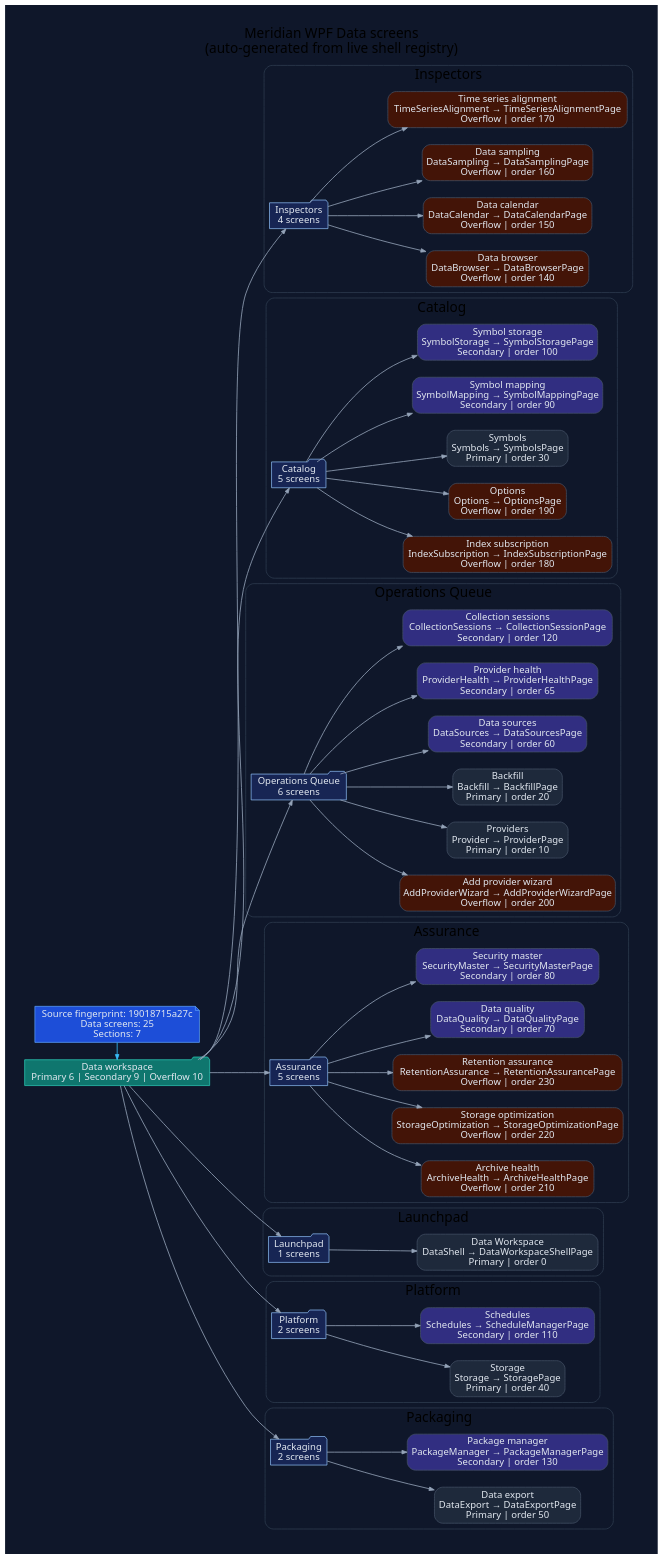
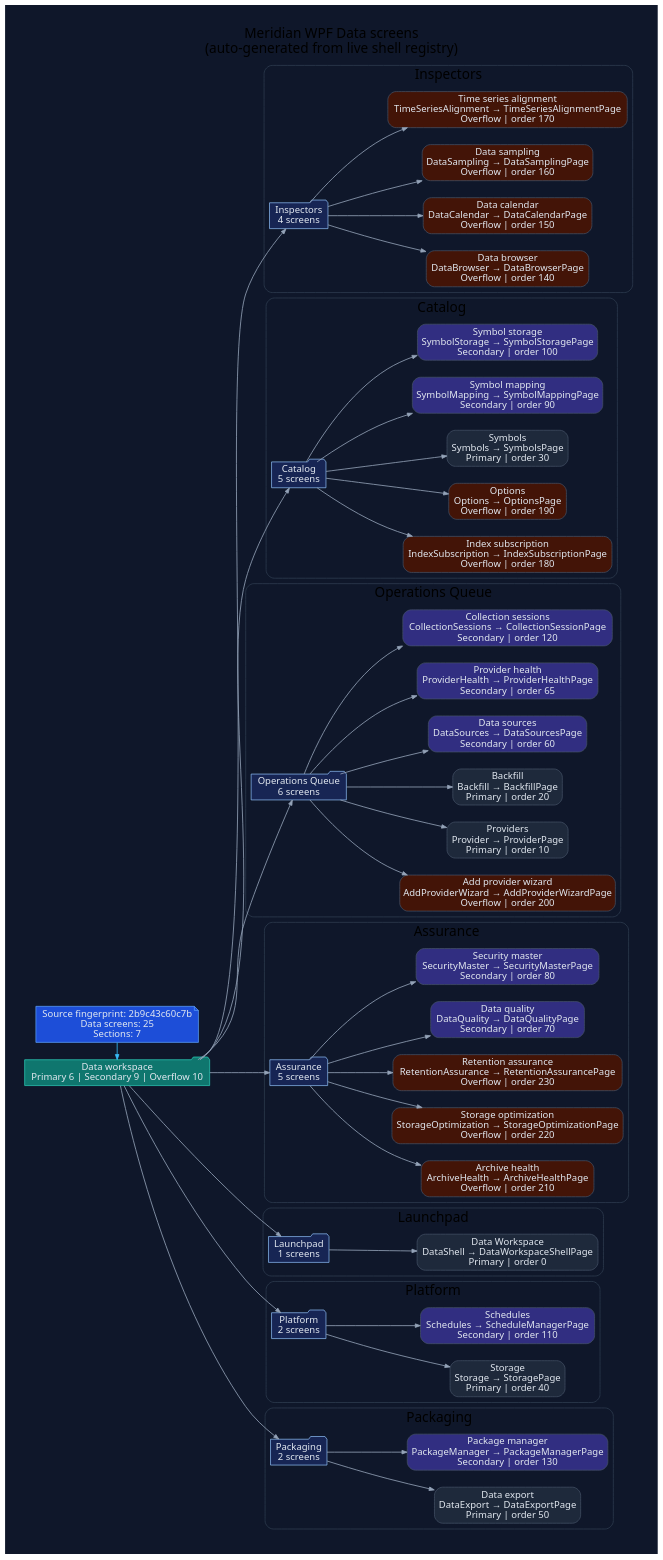
One commit to rodoHasArrived/Meridian-main changed the diagram in docs/diagrams/ui/ui-wpf-screens-data.dot. Above: the diagram before and after it, drawn with Graphviz. The commit also changed 45 other files, not shown here.

First line of the commit message:
docs: regenerate diagrams and doc-health after the governance fixes

```diff
--- a/docs/diagrams/ui/ui-wpf-screens-data.dot
+++ b/docs/diagrams/ui/ui-wpf-screens-data.dot
@@ -1,132 +1,132 @@
 // -----------------------------------------------------------------------------
 // <auto-generated>
 // Generated by scripts/generate-diagrams.mjs.
 // Do not edit this file directly; update the WPF source files instead.
 // -----------------------------------------------------------------------------
 digraph WpfDataScreens {
   graph [
     rankdir=LR,
     labelloc=t,
     label="Meridian WPF Data screens\n(auto-generated from live shell registry)",
     fontname="Segoe UI",
     fontsize=20,
     pad=0.4,
     nodesep=0.35,
     ranksep=0.85,
     bgcolor="#0f172a"
   ];
   node [fontname="Segoe UI", shape=box, style="rounded,filled", color="#475569", fontcolor="#e2e8f0", fillcolor="#1e293b"];
   edge [fontname="Segoe UI", color="#94a3b8", penwidth=1.2, arrowsize=0.75];
 
-  generated [shape=note, fillcolor="#1d4ed8", color="#60a5fa", label="Source fingerprint: 19018715a27c\nData screens: 25\nSections: 7"];
+  generated [shape=note, fillcolor="#1d4ed8", color="#60a5fa", label="Source fingerprint: 2b9c43c60c7b\nData screens: 25\nSections: 7"];
   workspace [shape=folder, fillcolor="#0f766e", color="#2dd4bf", label="Data workspace\nPrimary 6 | Secondary 9 | Overflow 10"];
   generated -> workspace [color="#38bdf8"];
 
   subgraph cluster_section_1 {
     label="Inspectors";
     color="#334155";
     style="rounded";
     section_1 [shape=folder, fillcolor="#172554", color="#93c5fd", label="Inspectors\n4 screens"];
     workspace -> section_1;
     screen_DataBrowser [fillcolor="#431407", label="Data browser\nDataBrowser → DataBrowserPage\nOverflow | order 140"];
     section_1 -> screen_DataBrowser;
     screen_DataCalendar [fillcolor="#431407", label="Data calendar\nDataCalendar → DataCalendarPage\nOverflow | order 150"];
     section_1 -> screen_DataCalendar;
     screen_DataSampling [fillcolor="#431407", label="Data sampling\nDataSampling → DataSamplingPage\nOverflow | order 160"];
     section_1 -> screen_DataSampling;
     screen_TimeSeriesAlignment [fillcolor="#431407", label="Time series alignment\nTimeSeriesAlignment → TimeSeriesAlignmentPage\nOverflow | order 170"];
     section_1 -> screen_TimeSeriesAlignment;
   }
 
   subgraph cluster_section_2 {
     label="Catalog";
     color="#334155";
     style="rounded";
     section_2 [shape=folder, fillcolor="#172554", color="#93c5fd", label="Catalog\n5 screens"];
     workspace -> section_2;
     screen_IndexSubscription [fillcolor="#431407", label="Index subscription\nIndexSubscription → IndexSubscriptionPage\nOverflow | order 180"];
     section_2 -> screen_IndexSubscription;
     screen_Options [fillcolor="#431407", label="Options\nOptions → OptionsPage\nOverflow | order 190"];
     section_2 -> screen_Options;
     screen_Symbols [fillcolor="#1e293b", label="Symbols\nSymbols → SymbolsPage\nPrimary | order 30"];
     section_2 -> screen_Symbols;
     screen_SymbolMapping [fillcolor="#312e81", label="Symbol mapping\nSymbolMapping → SymbolMappingPage\nSecondary | order 90"];
     section_2 -> screen_SymbolMapping;
     screen_SymbolStorage [fillcolor="#312e81", label="Symbol storage\nSymbolStorage → SymbolStoragePage\nSecondary | order 100"];
     section_2 -> screen_SymbolStorage;
   }
 
   subgraph cluster_section_3 {
     label="Operations Queue";
     color="#334155";
     style="rounded";
     section_3 [shape=folder, fillcolor="#172554", color="#93c5fd", label="Operations Queue\n6 screens"];
     workspace -> section_3;
     screen_AddProviderWizard [fillcolor="#431407", label="Add provider wizard\nAddProviderWizard → AddProviderWizardPage\nOverflow | order 200"];
     section_3 -> screen_AddProviderWizard;
     screen_Provider [fillcolor="#1e293b", label="Providers\nProvider → ProviderPage\nPrimary | order 10"];
     section_3 -> screen_Provider;
     screen_Backfill [fillcolor="#1e293b", label="Backfill\nBackfill → BackfillPage\nPrimary | order 20"];
     section_3 -> screen_Backfill;
     screen_DataSources [fillcolor="#312e81", label="Data sources\nDataSources → DataSourcesPage\nSecondary | order 60"];
     section_3 -> screen_DataSources;
     screen_ProviderHealth [fillcolor="#312e81", label="Provider health\nProviderHealth → ProviderHealthPage\nSecondary | order 65"];
     section_3 -> screen_ProviderHealth;
     screen_CollectionSessions [fillcolor="#312e81", label="Collection sessions\nCollectionSessions → CollectionSessionPage\nSecondary | order 120"];
     section_3 -> screen_CollectionSessions;
   }
 
   subgraph cluster_section_4 {
     label="Assurance";
     color="#334155";
     style="rounded";
     section_4 [shape=folder, fillcolor="#172554", color="#93c5fd", label="Assurance\n5 screens"];
     workspace -> section_4;
     screen_ArchiveHealth [fillcolor="#431407", label="Archive health\nArchiveHealth → ArchiveHealthPage\nOverflow | order 210"];
     section_4 -> screen_ArchiveHealth;
     screen_StorageOptimization [fillcolor="#431407", label="Storage optimization\nStorageOptimization → StorageOptimizationPage\nOverflow | order 220"];
     section_4 -> screen_StorageOptimization;
     screen_RetentionAssurance [fillcolor="#431407", label="Retention assurance\nRetentionAssurance → RetentionAssurancePage\nOverflow | order 230"];
     section_4 -> screen_RetentionAssurance;
     screen_DataQuality [fillcolor="#312e81", label="Data quality\nDataQuality → DataQualityPage\nSecondary | order 70"];
     section_4 -> screen_DataQuality;
     screen_SecurityMaster [fillcolor="#312e81", label="Security master\nSecurityMaster → SecurityMasterPage\nSecondary | order 80"];
     section_4 -> screen_SecurityMaster;
   }
 
   subgraph cluster_section_5 {
     label="Launchpad";
     color="#334155";
     style="rounded";
     section_5 [shape=folder, fillcolor="#172554", color="#93c5fd", label="Launchpad\n1 screens"];
     workspace -> section_5;
     screen_DataShell [fillcolor="#1e293b", label="Data Workspace\nDataShell → DataWorkspaceShellPage\nPrimary | order 0"];
     section_5 -> screen_DataShell;
   }
 
   subgraph cluster_section_6 {
     label="Platform";
     color="#334155";
     style="rounded";
     section_6 [shape=folder, fillcolor="#172554", color="#93c5fd", label="Platform\n2 screens"];
     workspace -> section_6;
     screen_Storage [fillcolor="#1e293b", label="Storage\nStorage → StoragePage\nPrimary | order 40"];
     section_6 -> screen_Storage;
     screen_Schedules [fillcolor="#312e81", label="Schedules\nSchedules → ScheduleManagerPage\nSecondary | order 110"];
     section_6 -> screen_Schedules;
   }
 
   subgraph cluster_section_7 {
     label="Packaging";
     color="#334155";
     style="rounded";
     section_7 [shape=folder, fillcolor="#172554", color="#93c5fd", label="Packaging\n2 screens"];
     workspace -> section_7;
     screen_DataExport [fillcolor="#1e293b", label="Data export\nDataExport → DataExportPage\nPrimary | order 50"];
     section_7 -> screen_DataExport;
     screen_PackageManager [fillcolor="#312e81", label="Package manager\nPackageManager → PackageManagerPage\nSecondary | order 130"];
     section_7 -> screen_PackageManager;
   }
 
   { rank=min; generated; workspace; }
 }
```
